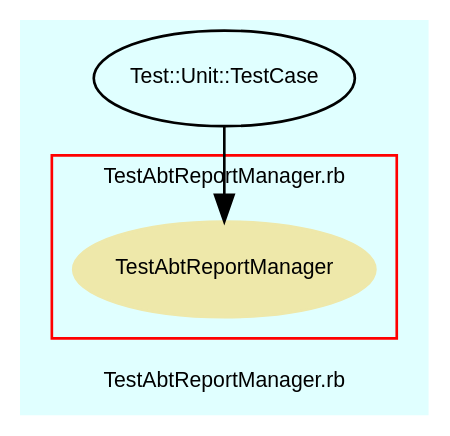
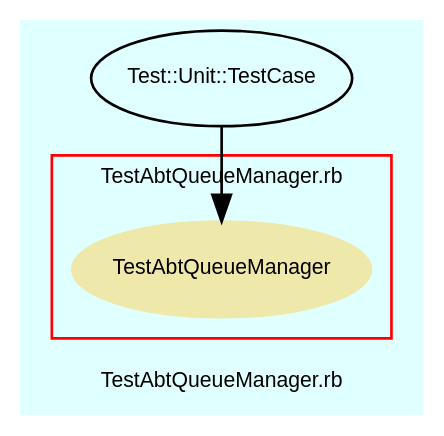
Before and after one commit to eschabell/abtlinux: the diagram in src/trunk/doc/dot/f_14.dot, drawn with Graphviz. The commit also changed 62 other files, not shown here.

```diff
--- a/src/trunk/doc/dot/f_14.dot
+++ b/src/trunk/doc/dot/f_14.dot
@@ -1,37 +1,37 @@
 digraph TopLevel {
     compound = true
     bgcolor = lightcyan1
     fontname = Arial
     fontsize = 8
-    label = "TestAbtReportManager.rb"
+    label = "TestAbtQueueManager.rb"
     node [
         fontname = Arial,
         fontsize = 8,
         color = black
     ]
 
     subgraph cluster_15 {
         fontname = Arial
         color = red
-        label = "TestAbtReportManager.rb"
-        TestAbtReportManager [
+        label = "TestAbtQueueManager.rb"
+        TestAbtQueueManager [
             fontcolor = black,
-            URL = "classes/TestAbtReportManager.html",
+            URL = "classes/TestAbtQueueManager.html",
             shape = ellipse,
             color = palegoldenrod,
             style = filled,
-            label = "TestAbtReportManager"
+            label = "TestAbtQueueManager"
         ]
 
     }
 
     Test__Unit__TestCase [
         URL = "classes/Test/Unit/TestCase.html",
         label = "Test::Unit::TestCase"
     ]
 
-    Test__Unit__TestCase -> TestAbtReportManager [
+    Test__Unit__TestCase -> TestAbtQueueManager [
 
     ]
 
 }
```
